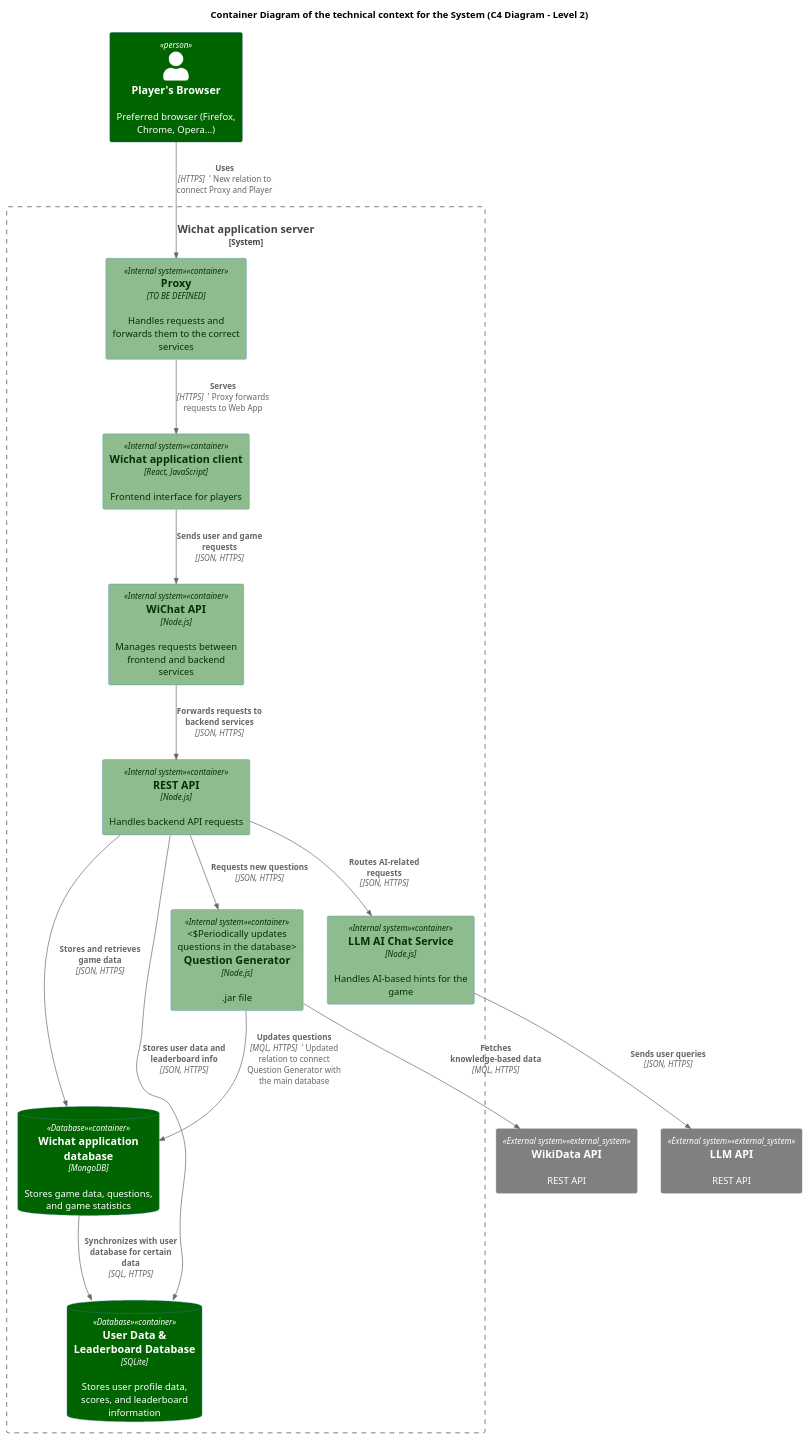
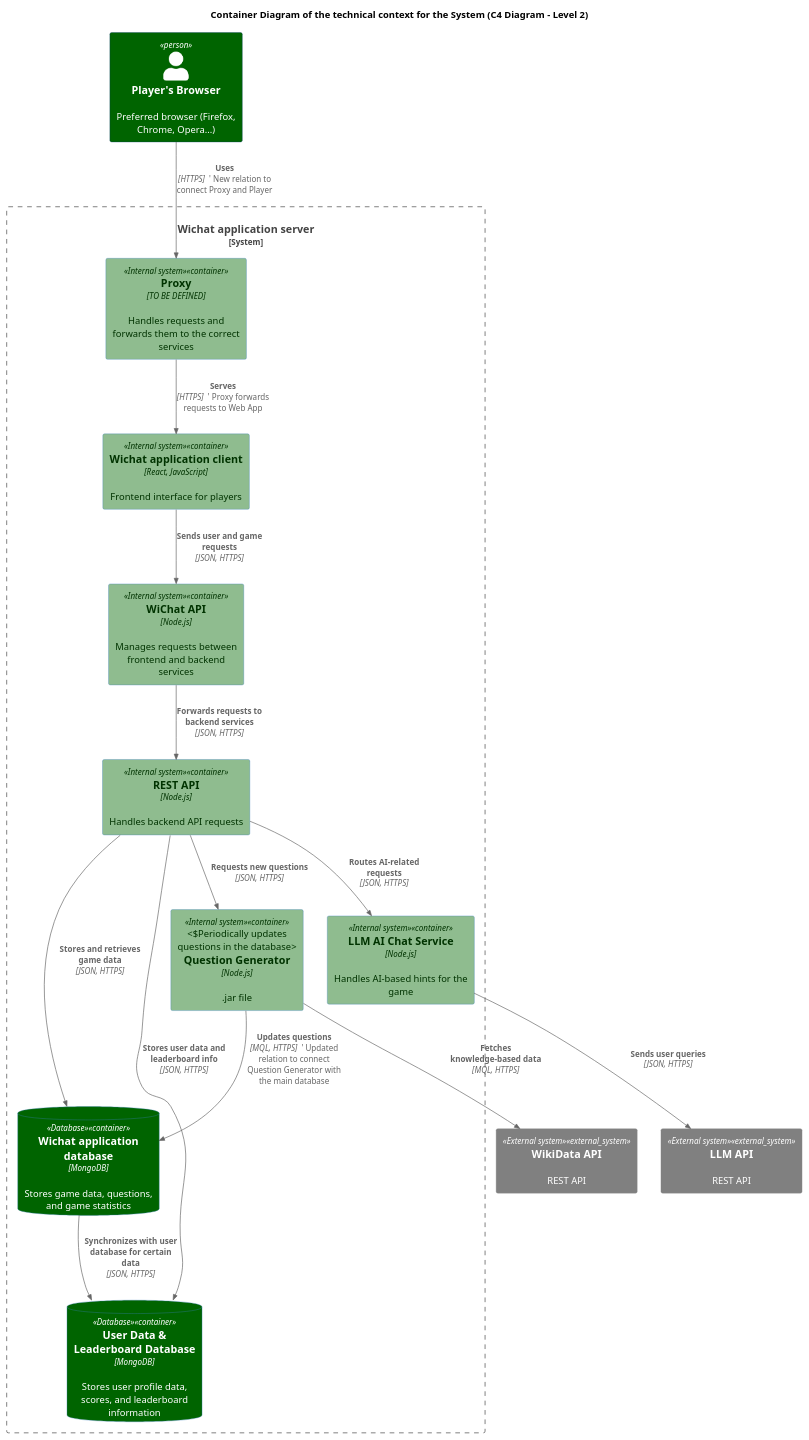
The diagram in docs/src/diagrams/C4_technical_context_diagram.puml (Arquisoft/wichat_en1a), drawn with PlantUML before and after one commit. The commit also changed 1 other file, not shown here.

Commit message:
change the use of sql database for MongoDB

```diff
--- a/docs/src/diagrams/C4_technical_context_diagram.puml
+++ b/docs/src/diagrams/C4_technical_context_diagram.puml
@@ -1,48 +1,48 @@
 @startuml C4_Technical_Context_Diagram
 !includeurl https://raw.githubusercontent.com/RicardoNiepel/C4-PlantUML/master/C4_Container.puml
 !include <c4/C4_Context.puml>
 
 title Container Diagram of the technical context for the System (C4 Diagram - Level 2)
 AddElementTag("Person", $bgColor="#darkgreen", $fontColor="#white")
 AddElementTag("Internal system", $bgColor="#darkseagreen", $fontColor="#003300")
 AddElementTag("External system", $bgColor="#gray", $fontColor="#white")
 AddElementTag("Database", $bgColor="#darkgreen", $fontColor="#white")
 
 'Containers
 Person(player, "Player's Browser", "Preferred browser (Firefox, Chrome, Opera...)")
 
 System_Boundary(wichat, "Wichat application server") {
     Container(proxy, "Proxy", "TO BE DEFINED", "Handles requests and forwards them to the correct services", $tags="Internal system")
     Container(web_app, "Wichat application client", "React, JavaScript", "Frontend interface for players", $tags="Internal system")
 
     Container(api_gateway, "WiChat API", "Node.js", "Manages requests between frontend and backend services", $tags="Internal system")
     Container(rest_api, "REST API", "Node.js", "Handles backend API requests", $tags="Internal system")
 
     Container(llm_service, "LLM AI Chat Service", "Node.js", "Handles AI-based hints for the game", $tags="Internal system")
     Container(question_generator, "Question Generator", "Node.js", ".jar file", "Periodically updates questions in the database", $tags="Internal system")
 
     ContainerDb(main_database, "Wichat application database", "MongoDB", "Stores game data, questions, and game statistics", $tags="Database")
-    ContainerDb(user_database, "User Data & Leaderboard Database", "SQLite", "Stores user profile data, scores, and leaderboard information", $tags="Database")
+    ContainerDb(user_database, "User Data & Leaderboard Database", "MongoDB", "Stores user profile data, scores, and leaderboard information", $tags="Database")
 }
 
 System_Ext(wikidata, "WikiData API", "REST API", $tags="External system")
 System_Ext(llm_api, "LLM API", "REST API", $tags="External system")
 
 'RELATIONS
 Rel(player, proxy, "Uses", "HTTPS")  ' New relation to connect Proxy and Player
 Rel(proxy, web_app, "Serves", "HTTPS")  ' Proxy forwards requests to Web App
 Rel(web_app, api_gateway, "Sends user and game requests", "JSON, HTTPS")
 Rel(api_gateway, rest_api, "Forwards requests to backend services", "JSON, HTTPS")
 
 Rel(rest_api, llm_service, "Routes AI-related requests", "JSON, HTTPS")
 Rel(rest_api, main_database, "Stores and retrieves game data", "JSON, HTTPS")
 Rel(rest_api, question_generator, "Requests new questions", "JSON, HTTPS")
 
 Rel(question_generator, main_database, "Updates questions", "MQL, HTTPS")  ' Updated relation to connect Question Generator with the main database
 Rel(question_generator, wikidata, "Fetches knowledge-based data", "MQL, HTTPS")
 Rel(llm_service, llm_api, "Sends user queries", "JSON, HTTPS")
 
 ' User database connections
 Rel(rest_api, user_database, "Stores user data and leaderboard info", "JSON, HTTPS")
-Rel(main_database, user_database, "Synchronizes with user database for certain data", "SQL, HTTPS")
+Rel(main_database, user_database, "Synchronizes with user database for certain data", "JSON, HTTPS")
 @enduml
```
